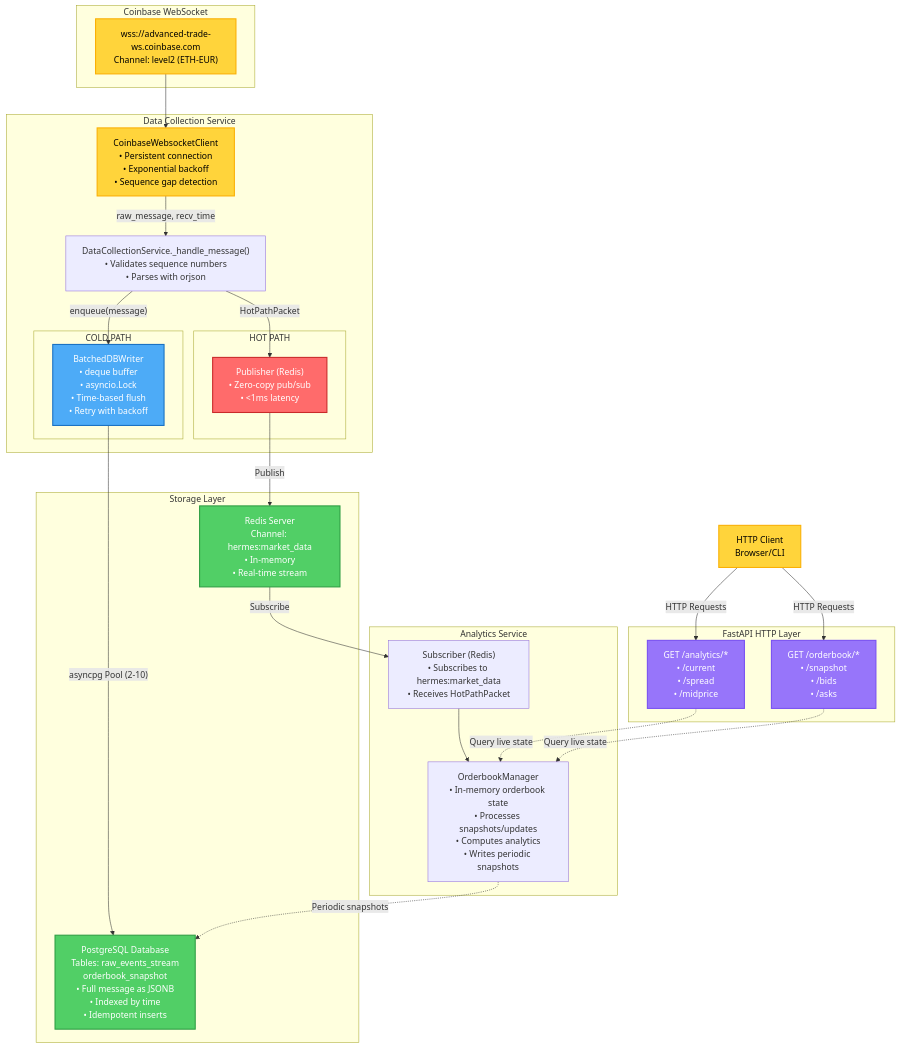
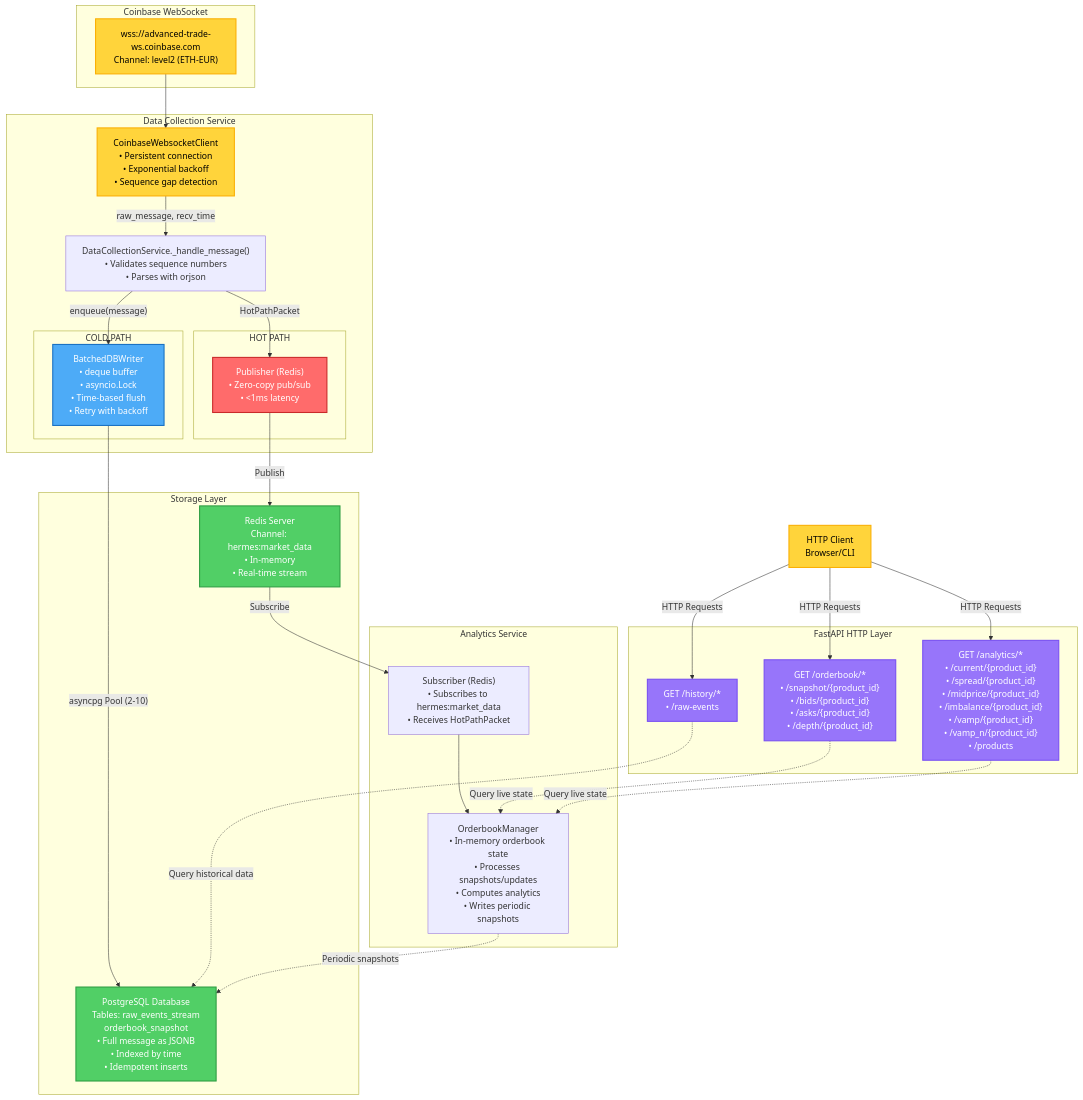
One commit to cayopolo/hermes-market-engine changed the diagram in docs/current_architecture.md. Above: the diagram before and after it, drawn with Mermaid. The commit also changed other lines of this file, not shown here.

````diff
--- a/docs/current_architecture.md
+++ b/docs/current_architecture.md
@@ -42,67 +42,70 @@
 ```mermaid
 graph TB
     subgraph Coinbase["Coinbase WebSocket"]
         WS["wss://advanced-trade-ws.coinbase.com<br/>Channel: level2 (ETH-EUR)"]
     end
 
     subgraph DataCollection["Data Collection Service"]
         WSClient["CoinbaseWebsocketClient<br/>• Persistent connection<br/>• Exponential backoff<br/>• Sequence gap detection"]
 
         Handler["DataCollectionService._handle_message()<br/>• Validates sequence numbers<br/>• Parses with orjson"]
 
         subgraph HotPath["HOT PATH"]
             Publisher["Publisher (Redis)<br/>• Zero-copy pub/sub<br/>• &lt;1ms latency"]
         end
 
         subgraph ColdPath["COLD PATH"]
             BatchWriter["BatchedDBWriter<br/>• deque buffer<br/>• asyncio.Lock<br/>• Time-based flush<br/>• Retry with backoff"]
         end
 
         WSClient -->|"raw_message, recv_time"| Handler
         Handler -->|"HotPathPacket"| Publisher
         Handler -->|"enqueue(message)"| BatchWriter
     end
 
     subgraph Storage["Storage Layer"]
         Redis["Redis Server<br/>Channel: hermes:market_data<br/>• In-memory<br/>• Real-time stream"]
 
         Postgres["PostgreSQL Database<br/>Tables: raw_events_stream<br/>orderbook_snapshot<br/>• Full message as JSONB<br/>• Indexed by time<br/>• Idempotent inserts"]
     end
 
     subgraph Analytics["Analytics Service"]
         Subscriber["Subscriber (Redis)<br/>• Subscribes to hermes:market_data<br/>• Receives HotPathPacket"]
 
         OrderbookMgr["OrderbookManager<br/>• In-memory orderbook state<br/>• Processes snapshots/updates<br/>• Computes analytics<br/>• Writes periodic snapshots"]
 
         Subscriber --> OrderbookMgr
     end
 
     subgraph API["FastAPI HTTP Layer"]
-        AnalyticsAPI["GET /analytics/*<br/>• /current<br/>• /spread<br/>• /midprice"]
-        OrderbookAPI["GET /orderbook/*<br/>• /snapshot<br/>• /bids<br/>• /asks"]
+        AnalyticsAPI["GET /analytics/*<br/>• /current/{product_id}<br/>• /spread/{product_id}<br/>• /midprice/{product_id}<br/>• /imbalance/{product_id}<br/>• /vamp/{product_id}<br/>• /vamp_n/{product_id}<br/>• /products"]
+        OrderbookAPI["GET /orderbook/*<br/>• /snapshot/{product_id}<br/>• /bids/{product_id}<br/>• /asks/{product_id}<br/>• /depth/{product_id}"]
+        HistoryAPI["GET /history/*<br/>• /raw-events"]
     end
 
     Client["HTTP Client<br/>Browser/CLI"]
 
     WS --> WSClient
     Publisher -->|"Publish"| Redis
     BatchWriter -->|"asyncpg Pool (2-10)"| Postgres
     Redis -->|"Subscribe"| Subscriber
     OrderbookMgr -.->|"Periodic snapshots"| Postgres
     Client -->|"HTTP Requests"| AnalyticsAPI
     Client -->|"HTTP Requests"| OrderbookAPI
+    Client -->|"HTTP Requests"| HistoryAPI
+    HistoryAPI -.->|"Query historical data"| Postgres
     AnalyticsAPI -.->|"Query live state"| OrderbookMgr
     OrderbookAPI -.->|"Query live state"| OrderbookMgr
 
     classDef hotPath fill:#ff6b6b,stroke:#c92a2a,stroke-width:2px,color:#fff
     classDef coldPath fill:#4dabf7,stroke:#1971c2,stroke-width:2px,color:#fff
     classDef storage fill:#51cf66,stroke:#2f9e44,stroke-width:2px,color:#fff
     classDef external fill:#ffd43b,stroke:#fab005,stroke-width:2px,color:#000
     classDef api fill:#9775fa,stroke:#7950f2,stroke-width:2px,color:#fff
 
     class Publisher hotPath
     class BatchWriter coldPath
     class Redis,Postgres storage
     class WS,WSClient,Client external
-    class AnalyticsAPI,OrderbookAPI api
+    class AnalyticsAPI,OrderbookAPI,HistoryAPI api
 ```
````
